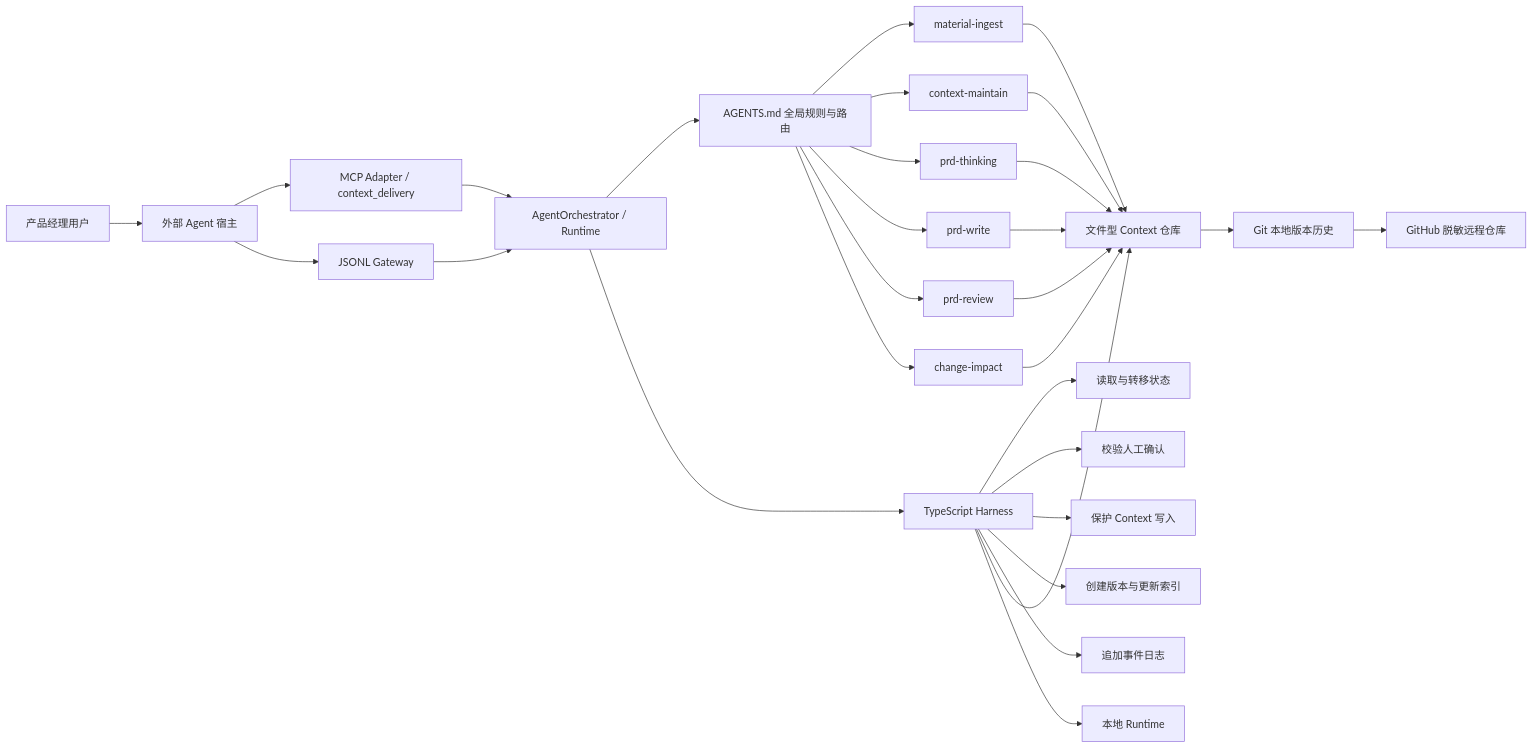
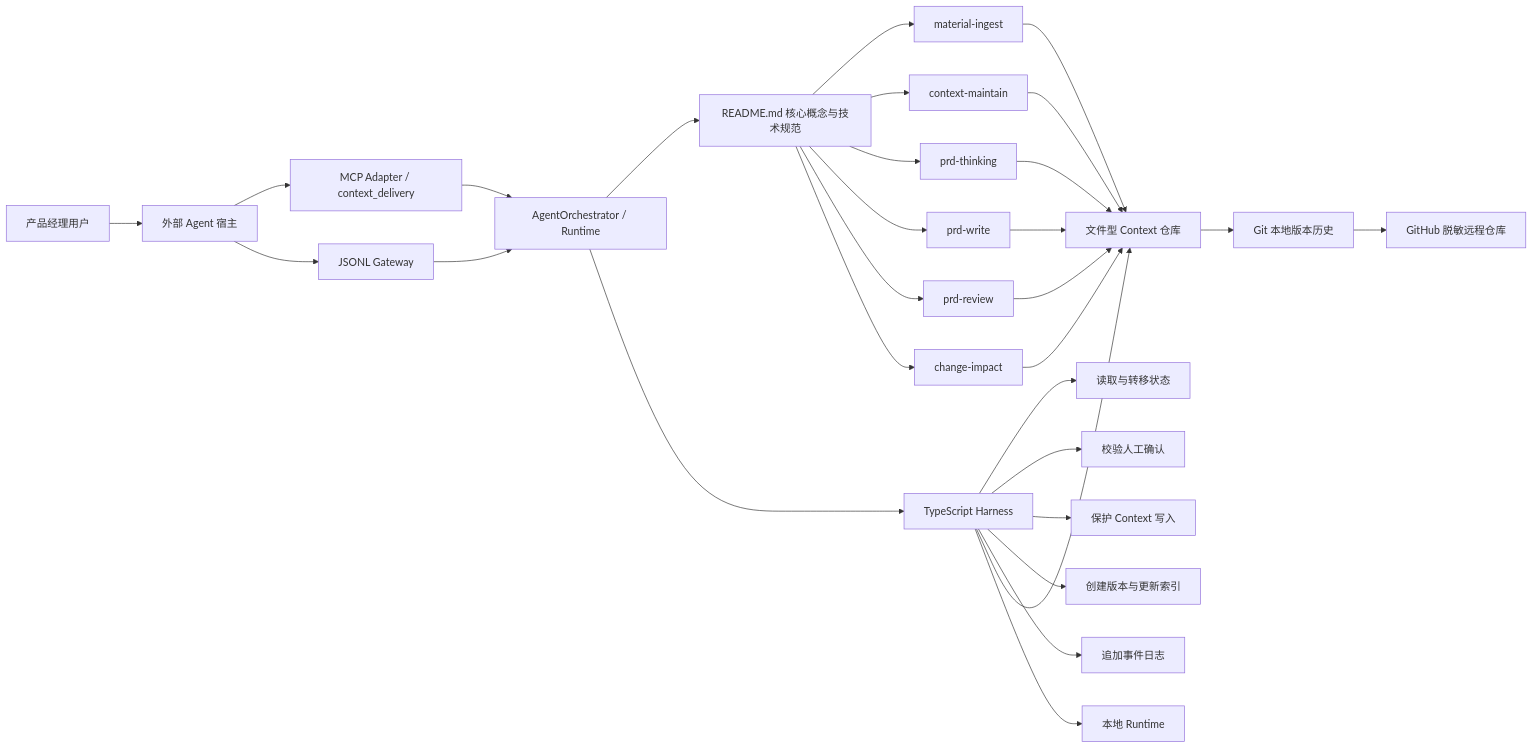
Before and after one commit to Koianna/context-delivery-agent: the diagram in docs/05-项目骨架与技术架构.md, drawn with Mermaid. The commit also changed other lines of this file and 7 other files, not shown here.

````diff
--- a/docs/05-项目骨架与技术架构.md
+++ b/docs/05-项目骨架与技术架构.md
@@ -24,35 +24,35 @@
 ```mermaid
 flowchart LR
     U["产品经理用户"] --> EA["外部 Agent 宿主"]
     EA --> MCP["MCP Adapter / context_delivery"]
     EA --> GW["JSONL Gateway"]
     MCP --> A["AgentOrchestrator / Runtime"]
     GW --> A
-    A --> G["AGENTS.md 全局规则与路由"]
+    A --> G["README.md 核心概念与技术规范"]
 
     G --> S1["material-ingest"]
     G --> S2["context-maintain"]
     G --> S3["prd-thinking"]
     G --> S4["prd-write"]
     G --> S5["prd-review"]
     G --> S6["change-impact"]
 
     A --> H["TypeScript Harness"]
     H --> H1["读取与转移状态"]
     H --> H2["校验人工确认"]
     H --> H3["保护 Context 写入"]
     H --> H4["创建版本与更新索引"]
     H --> H5["追加事件日志"]
 
     S1 --> C["文件型 Context 仓库"]
     S2 --> C
     S3 --> C
     S4 --> C
     S5 --> C
     S6 --> C
 
     H --> C
     H --> T["本地 Runtime"]
     C --> V["Git 本地版本历史"]
     V --> GH["GitHub 脱敏远程仓库"]
 ```
````
